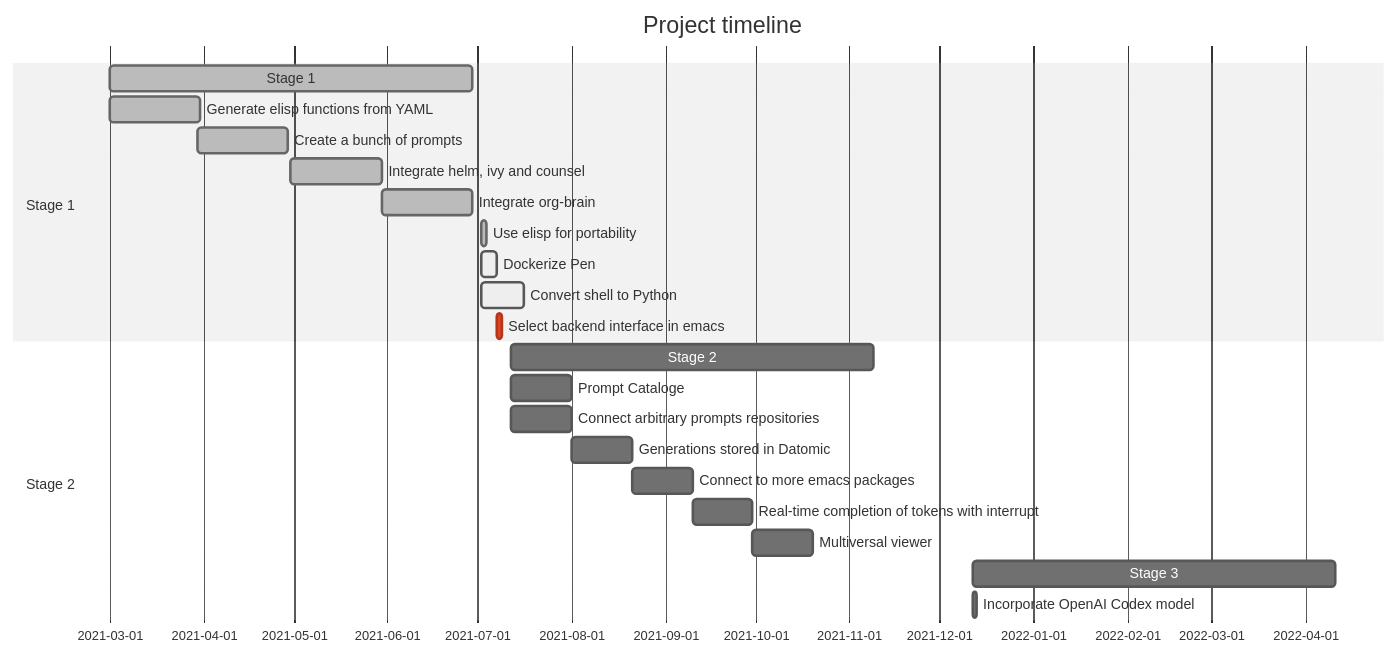
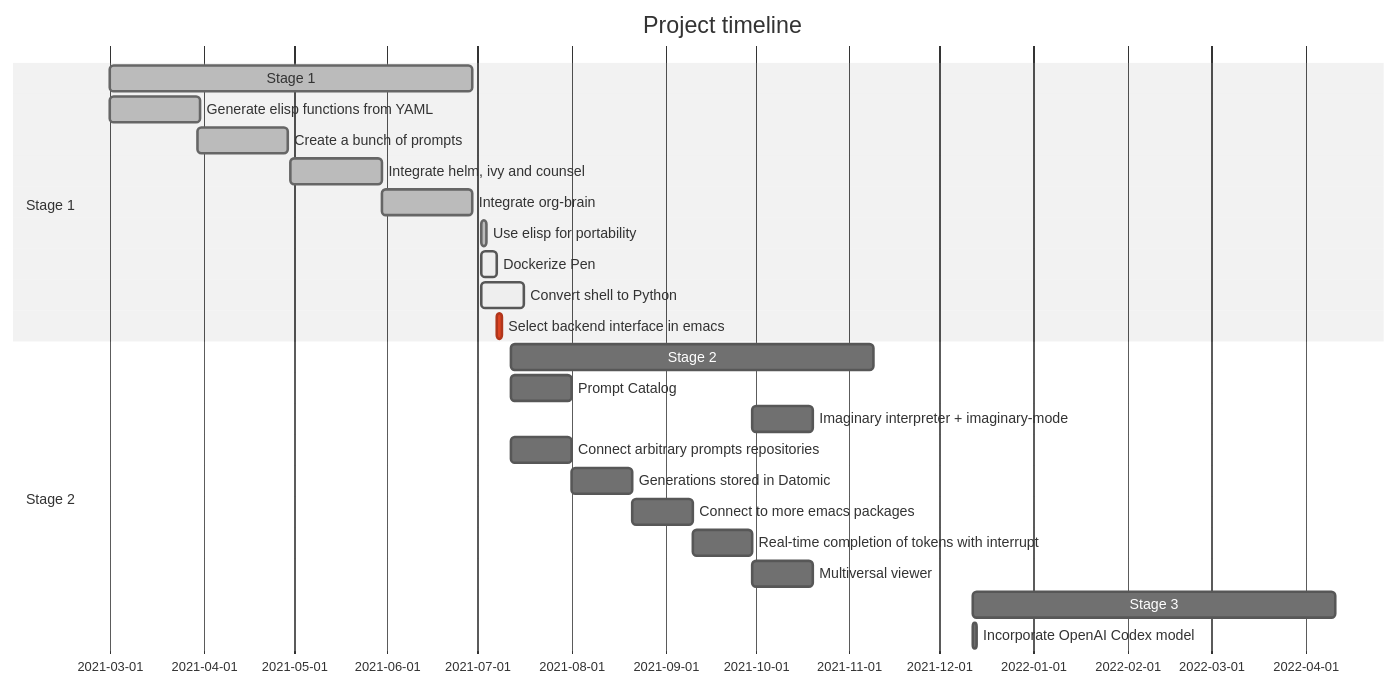
Before and after one commit to semiosis/pen.el: the diagram in docs/README.org, drawn with Mermaid (neutral theme).

Commit message:
Fri 02 Jul 2021 19:26:39

```diff
--- a/docs/README.org
+++ b/docs/README.org
@@ -31,25 +31,26 @@
 #+BEGIN_SRC mermaid :results raw :file project-timeline.png
   gantt
           title Project timeline
           dateFormat  YYYY-MM-DD
           section Stage 1
           Stage 1  :done, :s1, 2021-03-01, 120d
           Generate elisp functions from YAML  :done,  :a1, 2021-03-01, 30d
           Create a bunch of prompts  :done,   :a3, 2021-03-30, 30d
           Integrate helm, ivy and counsel  :done,   :a4, 2021-04-30, 30d
           Integrate org-brain  :done,   :a5, 2021-05-30, 30d
           Use elisp for portability :done,  :b2, 2021-07-02, 2d
           Dockerize Pen : active, b3, after b2 , 5d
           Convert shell to Python : active, b4, after b2 , 14d
           Select backend interface in emacs :crit, after b3, 2d
           section Stage 2
           Stage 2  :s2, 2021-07-12, 120d
-          Prompt Cataloge : b6a, 2021-07-12, 20d
+          Prompt Catalog : b6a, 2021-07-12, 20d
+          Imaginary interpreter + imaginary-mode : b10, after b9, 20d
           Connect arbitrary prompts repositories : b6, 2021-07-12, 20d
           Generations stored in Datomic : b7, after b6, 20d
           Connect to more emacs packages : b8, after b7 , 20d
           Real-time completion of tokens with interrupt : b9, after b8, 20d
           Multiversal viewer : b10, after b9, 20d
           Stage 3  :s2, 2021-12-12, 120d
           Incorporate OpenAI Codex model : c1, 2021-12-12, 1d
 #+END_SRC
```
